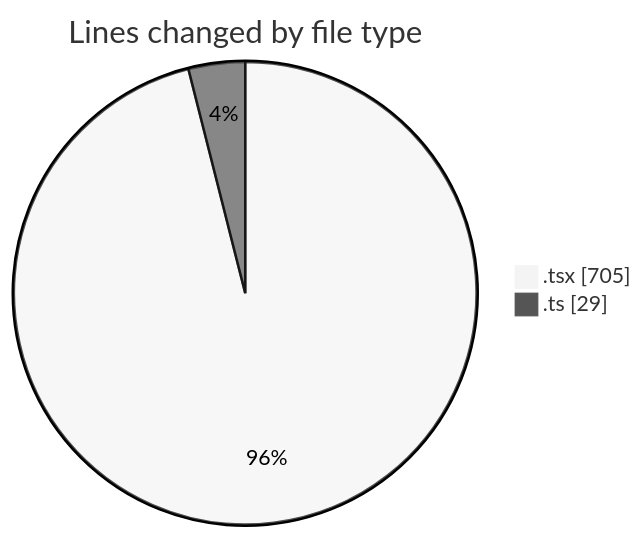
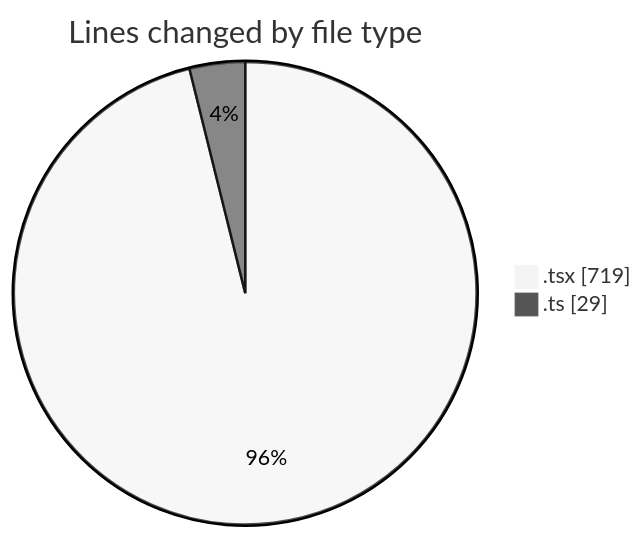
One commit to nxtqubesakshisongat/code-tracking changed the first of 2 diagrams in 2026-04-07/airfeed-analytics-dashboard/README.md. Above: the diagram before and after it, drawn with Mermaid (neutral theme). The commit also changed other lines of this file and 1 other file, not shown here.

````diff
--- a/2026-04-07/airfeed-analytics-dashboard/README.md
+++ b/2026-04-07/airfeed-analytics-dashboard/README.md
@@ -27,6 +27,6 @@
 ```mermaid
 pie showData
 title Lines changed by file type
-".tsx" : 705
+".tsx" : 719
 ".ts" : 29
 ```
````
